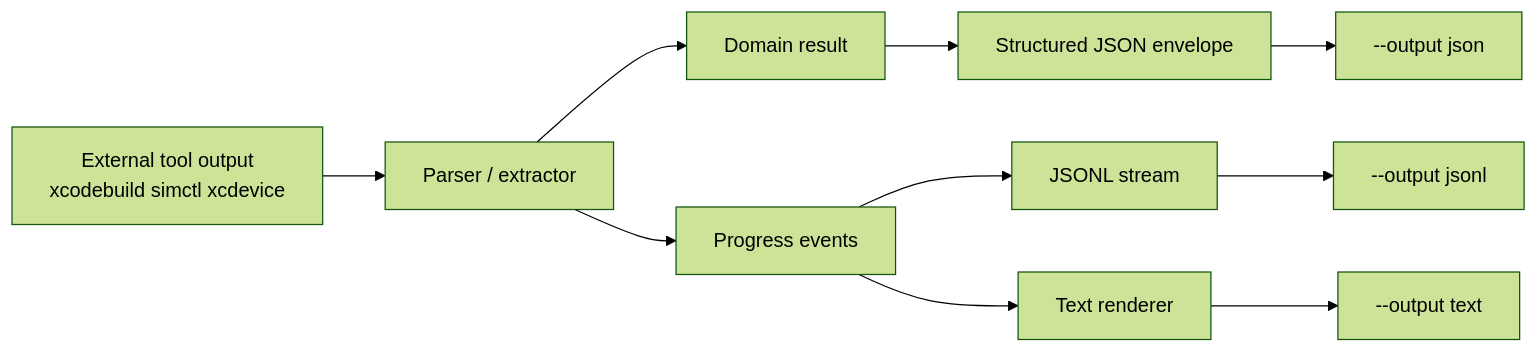
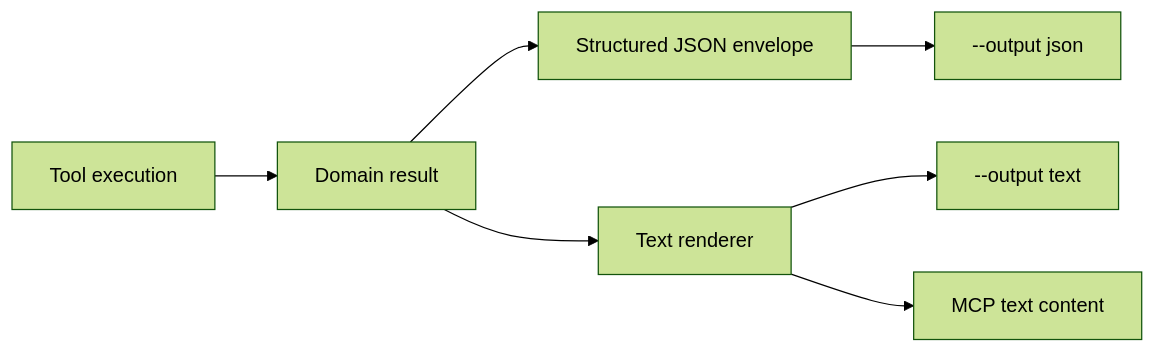
The first of 3 diagrams in docs/dev/DOMAIN_RESULT_OUTPUT_ARCHITECTURE.md (getsentry/XcodeBuildMCP), drawn with Mermaid (forest theme) before and after one commit. The commit also changed other lines of this file and 103 other files, not shown here.

First line of the commit message:
♻️ refactor(tools): Phase 5a — non-streaming tools render from domain result only

````diff
--- a/docs/dev/DOMAIN_RESULT_OUTPUT_ARCHITECTURE.md
+++ b/docs/dev/DOMAIN_RESULT_OUTPUT_ARCHITECTURE.md
@@ -30,14 +31,9 @@
 ```mermaid
 flowchart LR
-    A[External tool output\nxcodebuild simctl xcdevice] --> B[Parser / extractor]
-    B --> C[Domain result]
-    B --> D[Progress events]
-
-    C --> E[Structured JSON envelope]
-    D --> F[JSONL stream]
-    D --> G[Text renderer]
-
-    E --> H[--output json]
-    F --> I[--output jsonl]
-    G --> J[--output text]
+    A[Tool execution] --> B[Domain result]
+    B --> C[Structured JSON envelope]
+    B --> D[Text renderer]
+    C --> E[--output json]
+    D --> F[--output text]
+    D --> G[MCP text content]
 ```
````
